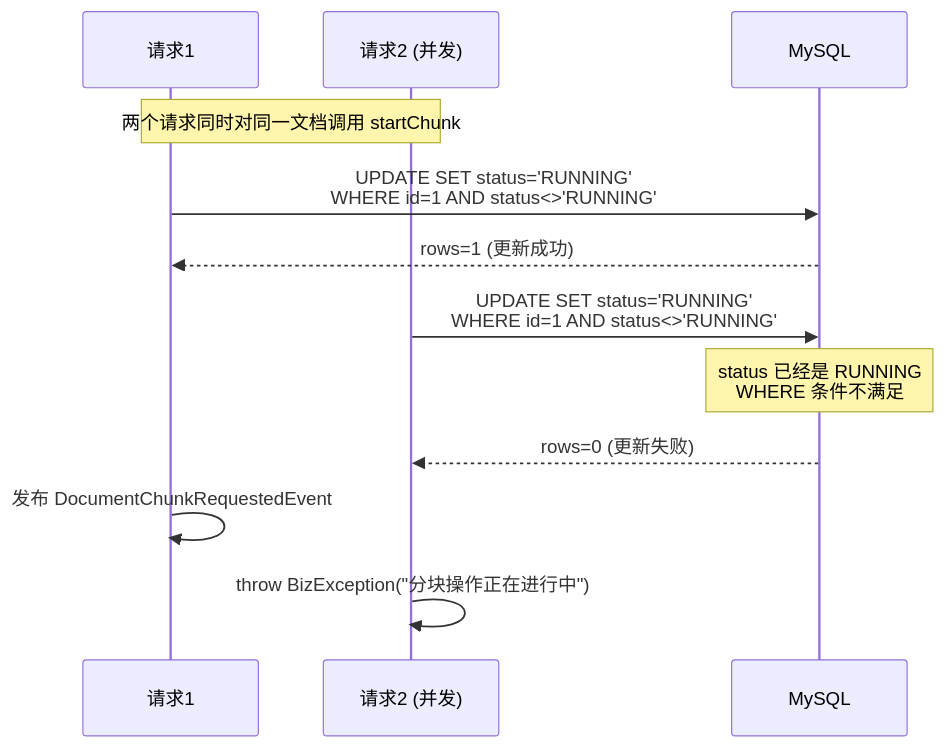
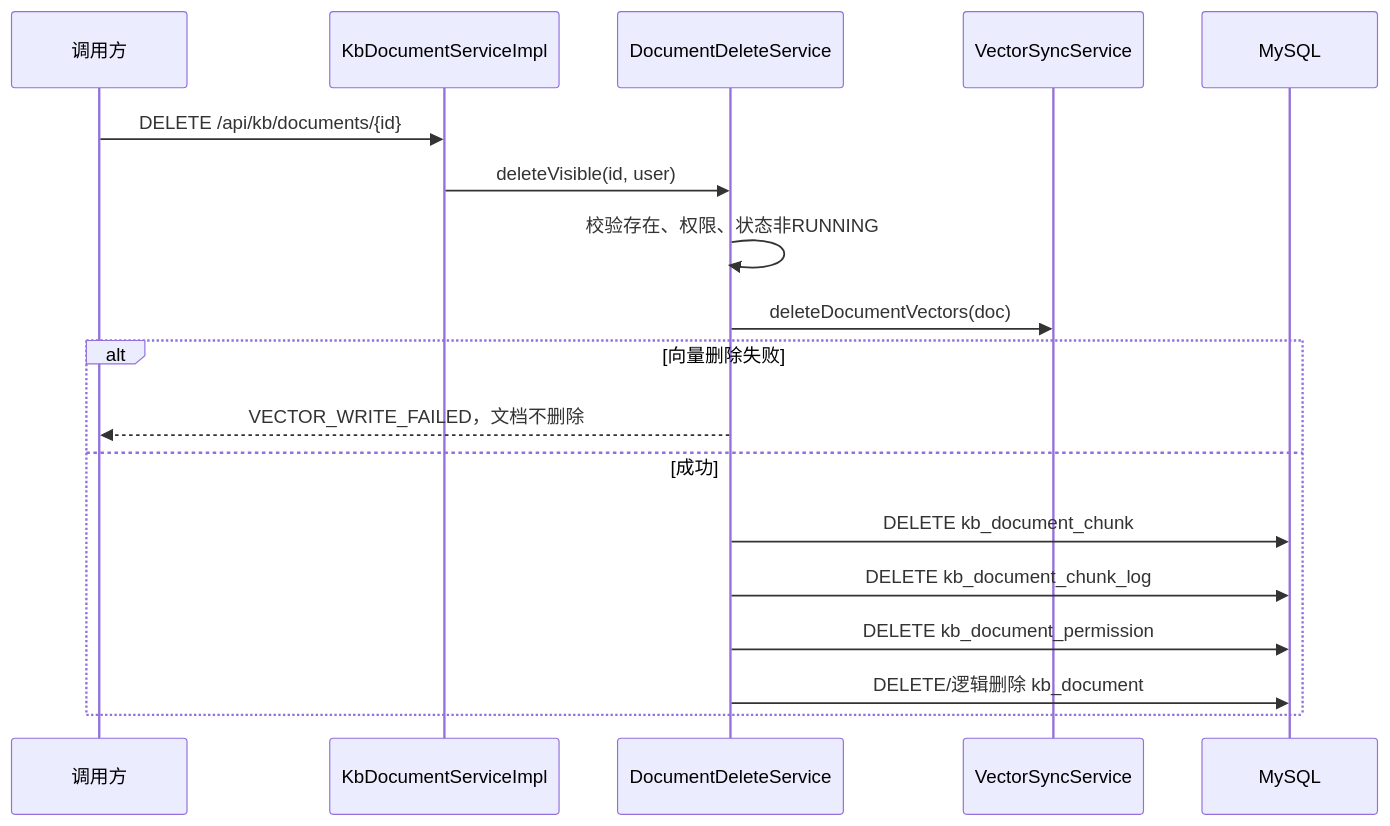
Before and after one commit to ZjlShenshiqing/EnterpriseKnowledgeWorkspace: diagram 11 of 17 in docs/knowledge-service-code-analysis.md, drawn with Mermaid. The commit also changed other lines of this file and 26 other files, not shown here.

````diff
--- a/docs/knowledge-service-code-analysis.md
+++ b/docs/knowledge-service-code-analysis.md
@@ -2280,18 +817,21 @@
 ```mermaid
 sequenceDiagram
-    participant R1 as 请求1
-    participant R2 as 请求2 (并发)
+    participant FE as 调用方
+    participant DOC as KbDocumentServiceImpl
+    participant DEL as DocumentDeleteService
+    participant VEC as VectorSyncService
     participant DB as MySQL
 
-    Note over R1,R2: 两个请求同时对同一文档调用 startChunk
-
-    R1->>DB: UPDATE SET status='RUNNING'<br/>WHERE id=1 AND status<>'RUNNING'
-    DB-->>R1: rows=1 (更新成功)
-
-    R2->>DB: UPDATE SET status='RUNNING'<br/>WHERE id=1 AND status<>'RUNNING'
-    Note over DB: status 已经是 RUNNING<br/>WHERE 条件不满足
-    DB-->>R2: rows=0 (更新失败)
-
-    R1->>R1: 发布 DocumentChunkRequestedEvent
-    R2->>R2: throw BizException("分块操作正在进行中")
+    FE->>DOC: DELETE /api/kb/documents/{id}
+    DOC->>DEL: deleteVisible(id, user)
+    DEL->>DEL: 校验存在、权限、状态非RUNNING
+    DEL->>VEC: deleteDocumentVectors(doc)
+    alt 向量删除失败
+        DEL-->>FE: VECTOR_WRITE_FAILED，文档不删除
+    else 成功
+        DEL->>DB: DELETE kb_document_chunk
+        DEL->>DB: DELETE kb_document_chunk_log
+        DEL->>DB: DELETE kb_document_permission
+        DEL->>DB: DELETE/逻辑删除 kb_document
+    end
 ```
````
